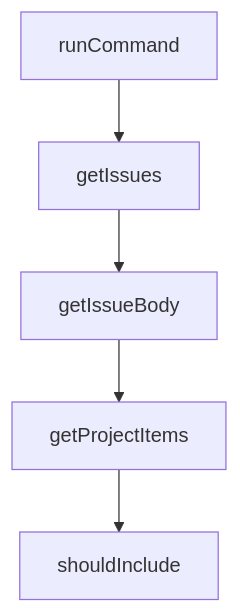
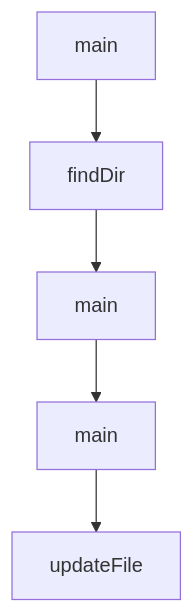
One commit to johnxie/awesome-code-docs changed the diagram in tutorials/gemini-cli-tutorial/08-contribution-workflow-and-enterprise-operations.md. Above: the diagram before and after it, drawn with Mermaid. The commit also changed other lines of this file and 1232 other files, not shown here.

````diff
--- a/tutorials/gemini-cli-tutorial/08-contribution-workflow-and-enterprise-operations.md
+++ b/tutorials/gemini-cli-tutorial/08-contribution-workflow-and-enterprise-operations.md
@@ -223,12 +221,12 @@
 ```mermaid
 flowchart TD
-    A[runCommand]
-    B[getIssues]
-    C[getIssueBody]
-    D[getProjectItems]
-    E[shouldInclude]
+    A[main]
+    B[findDir]
+    C[main]
+    D[main]
+    E[updateFile]
     A --> B
     B --> C
     C --> D
     D --> E
 ```
````
